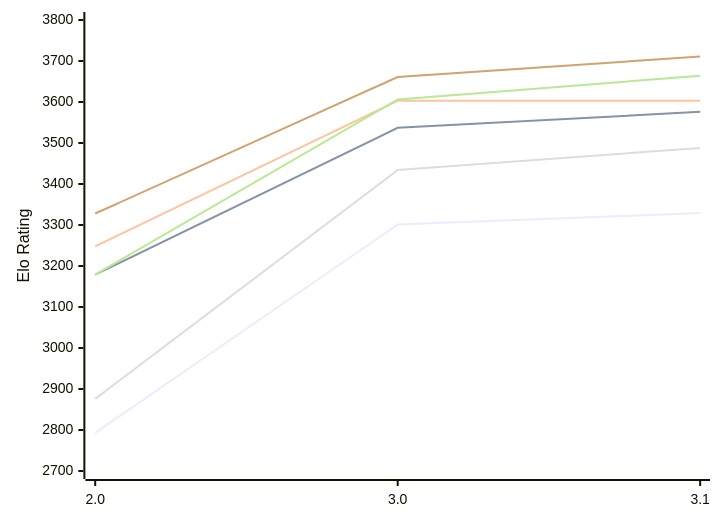
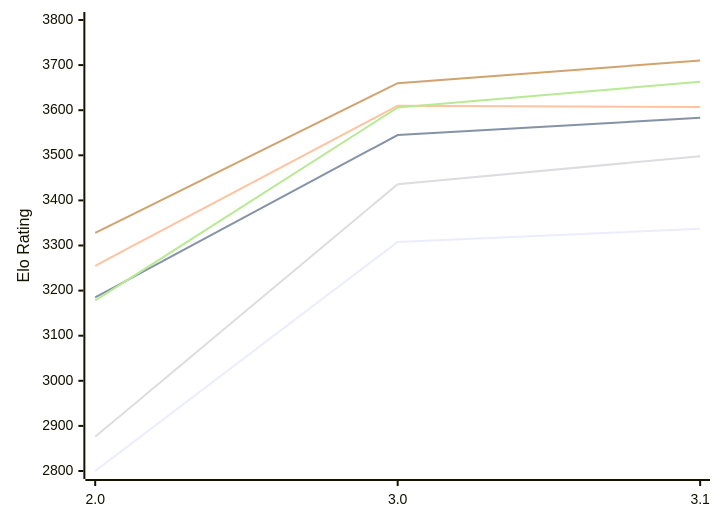
One commit to computer-chess-index/cci changed the diagram in engines/Funcomp.md. Above: the diagram before and after it, drawn with Mermaid. The commit also changed other lines of this file, not shown here.

Commit message:
Update CCI Ratings (ELO VLTC) - 2026-11-10

````diff
--- a/engines/Funcomp.md
+++ b/engines/Funcomp.md
@@ -51,12 +51,12 @@
 ```mermaid
 %%{init: {"theme":"base","themeVariables":{"seriesColors:['#a3a3a3','#222221','#faa371']}}}%%
 xychart-beta
   x-axis ["2.0", "3.0", "3.1"]
-  y-axis "Elo Rating" 2700 --> 3800
-  line "E1: STC (8.0+0.08s)" [2793, 3301, 3329]
-  line "E1: LTC (60.0+0.60s)" [3179, 3537, 3576]
-  line "E1: VLTC (2m24s+1.12s)" [3248, 3603, 3603]
-  line "P1: STC (8.0+0.08s)" [2876, 3434, 3488]
-  line "P1: LTC (60.0+0.60s)" [3179, 3606, 3664]
-  line "P1: VLTC (2m24s+1.12s)" [3328, 3661, 3711]
+  y-axis "Elo Rating" 2800 --> 3800
+  line "E1: STC (8.0+0.08s)" [2800, 3308, 3337]
+  line "E1: LTC (60.0+0.60s)" [3185, 3545, 3583]
+  line "E1: VLTC (2m24s+1.12s)" [3255, 3610, 3607]
+  line "P1: STC (8.0+0.08s)" [2876, 3436, 3498]
+  line "P1: LTC (60.0+0.60s)" [3178, 3606, 3663]
+  line "P1: VLTC (2m24s+1.12s)" [3328, 3660, 3710]
 ```
````
